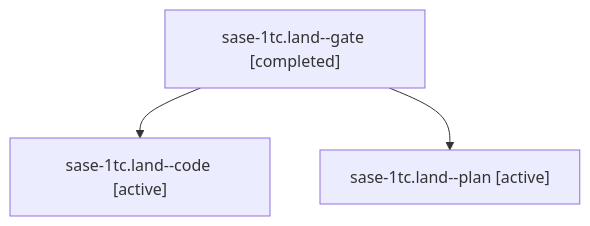
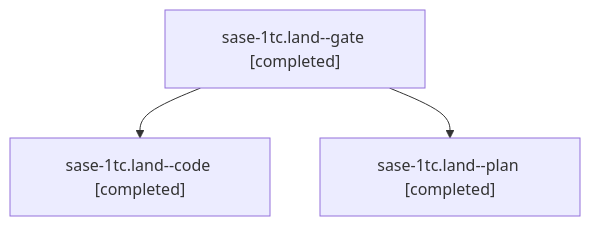
Before and after one commit to sase-org/sase--agents: the diagram in sessions/bbugyi200.athena.sase-1tc.land.md, drawn with Mermaid. The commit also changed other lines of this file and 97 other files, not shown here.

````diff
--- a/sessions/bbugyi200.athena.sase-1tc.land.md
+++ b/sessions/bbugyi200.athena.sase-1tc.land.md
@@ -9,8 +9,8 @@
 ```mermaid
 flowchart TD
   n0["sase-1tc.land--gate [completed]"]
-  n1["sase-1tc.land--code [active]"]
+  n1["sase-1tc.land--code [completed]"]
   n0 --> n1
-  n2["sase-1tc.land--plan [active]"]
+  n2["sase-1tc.land--plan [completed]"]
   n0 --> n2
 ```
````
